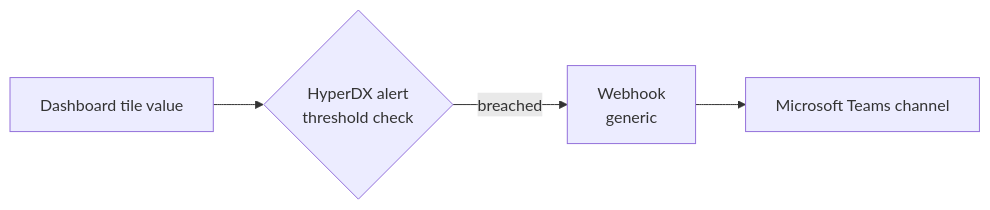
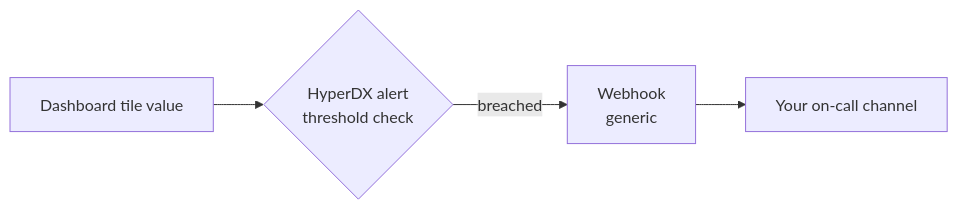
One commit to Cameron-Bayer/AldoTel-HyperDX-Templates changed the second of 2 diagrams in hyperdx/OVERVIEW.md. Above: the diagram before and after it, drawn with Mermaid. The commit also changed other lines of this file and 16 other files, not shown here.

First line of the commit message:
Remove Microsoft Teams as the default alert channel; use a generic webhook

````diff
--- a/hyperdx/OVERVIEW.md
+++ b/hyperdx/OVERVIEW.md
@@ -353,6 +353,6 @@
 ```mermaid
 flowchart LR
     T[Dashboard tile value] --> E{HyperDX alert<br/>threshold check}
     E -->|breached| W[Webhook<br/>generic]
-    W --> CH[Microsoft Teams channel]
+    W --> CH[Your on-call channel]
 ```
````
